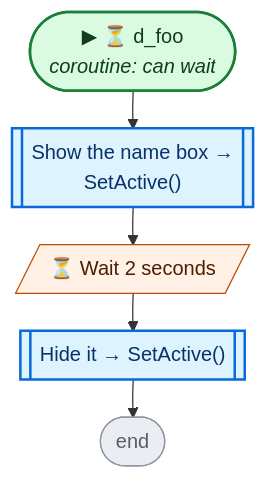
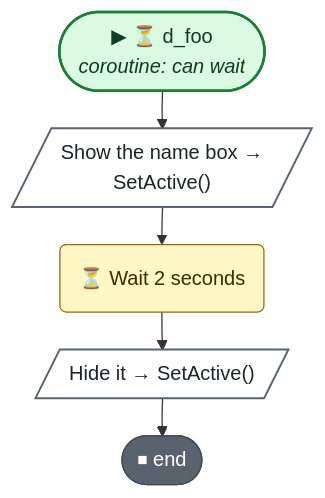
One commit to nataiai/Lord-of-the-Dungeon changed the fourth of 6 diagrams in CodeGraph~/graph/UI.cs.md. Above: the diagram before and after it, drawn with Mermaid. The commit also changed other lines of this file and 57 other files, not shown here.

````diff
--- a/CodeGraph~/graph/UI.cs.md
+++ b/CodeGraph~/graph/UI.cs.md
@@ -175,37 +178,37 @@
 ```mermaid
 ---
 config:
   flowchart:
     wrappingWidth: 260
     nodeSpacing: 26
     rankSpacing: 30
 ---
 flowchart TD
   nS(["▶ ⏳ d_foo<br><i>coroutine: can wait</i>"])
-  neb879b[["Show the name box →<br>SetActive()"]]
-  n577bf2[/"⏳ Wait 2 seconds"/]
-  n282fc5[["Hide it → SetActive()"]]
-  nE(["end"])
+  neb879b[/"Show the name box →<br>SetActive()"/]
+  n577bf2("⏳ Wait 2 seconds")
+  n282fc5[/"Hide it → SetActive()"/]
+  nE(["⏹ end"])
   nS --> neb879b
   neb879b --> n577bf2
   n577bf2 --> n282fc5
   n282fc5 --> nE
   classDef unity fill:#dafbe1,stroke:#1a7f37,stroke-width:2px,color:#0f3d1d
   classDef start fill:#dafbe1,stroke:#1a7f37,stroke-width:2px,color:#0f3d1d
-  classDef calc fill:#ffffff,stroke:#d0d7de,color:#57606a
+  classDef calc fill:#f6f8fa,stroke:#d1d9e0,color:#59636e
   classDef calls fill:#ddf4ff,stroke:#0969da,stroke-width:2px,color:#0a3069
-  classDef ext fill:#ddf4ff,stroke:#0969da,stroke-width:2px,stroke-dasharray:5 3,color:#0a3069
-  classDef cond fill:#fff8c5,stroke:#bf8700,stroke-width:1.5px,color:#3d2a00
-  classDef loop fill:#f6f8fa,stroke:#57606a,color:#1f2328
-  classDef exit fill:#ffebe9,stroke:#cf222e,color:#82071e
+  classDef ext fill:#f6f8fa,stroke:#59636e,stroke-width:1.5px,stroke-dasharray:5 5,color:#1f2328
+  classDef cond fill:#fff8c5,stroke:#9a6700,stroke-width:1.5px,color:#3d2a00
+  classDef loop fill:#fff8c5,stroke:#9a6700,color:#3d2a00
+  classDef wait fill:#fff8c5,stroke:#9a6700,color:#3d2a00
+  classDef exit fill:#59636e,stroke:#424a53,color:#ffffff
+  classDef fin fill:#59636e,stroke:#424a53,color:#ffffff
+  classDef act fill:#ffffff,stroke:#59636e,stroke-width:1.5px,color:#1f2328
   classDef kill fill:#ffebe9,stroke:#cf222e,stroke-width:2px,color:#82071e
-  classDef spawn fill:#dafbe1,stroke:#1a7f37,stroke-width:2px,color:#0f3d1d
-  classDef wait fill:#fff1e5,stroke:#bc4c00,color:#4d1d00
-  classDef fin fill:#eaeef2,stroke:#8c959f,color:#57606a
   classDef join fill:#d0d7de,stroke:#8c959f,color:#57606a
   classDef ghdr fill:#f5f9ff,stroke:#f5f9ff,color:#0a3069,font-weight:bold
-  class neb879b,n282fc5 calls
+  class neb879b,n282fc5 act
   class nE fin
   class nS start
   class n577bf2 wait
 ```
````
